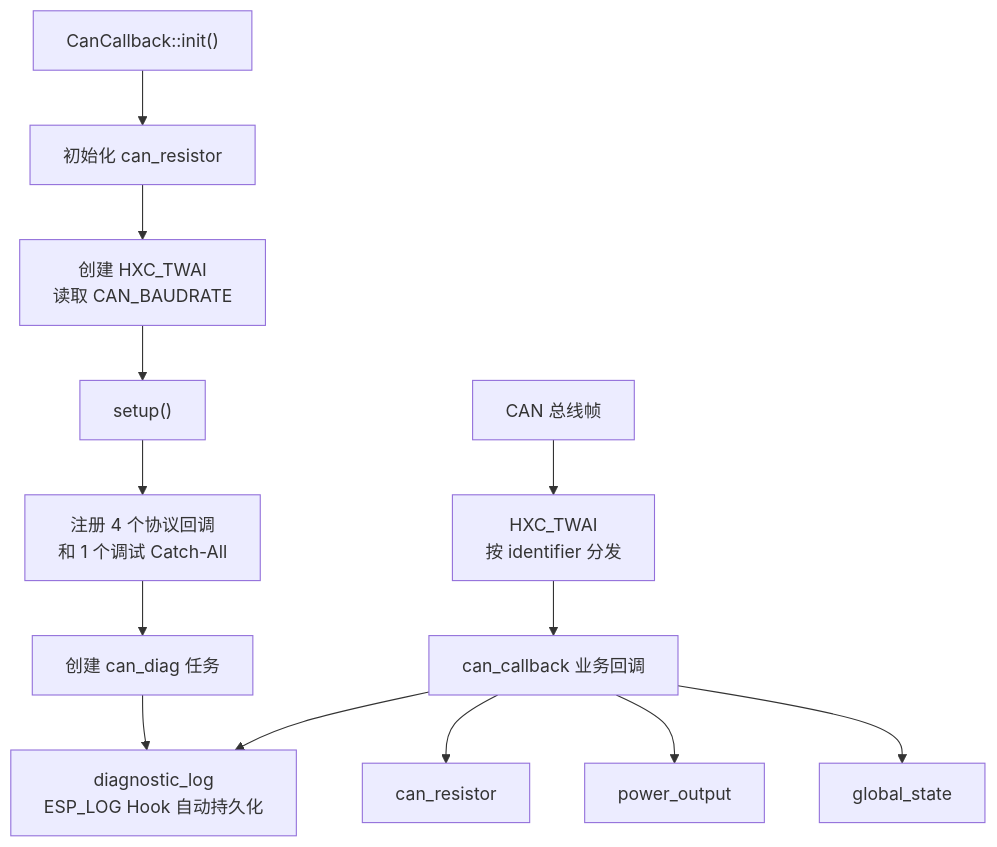
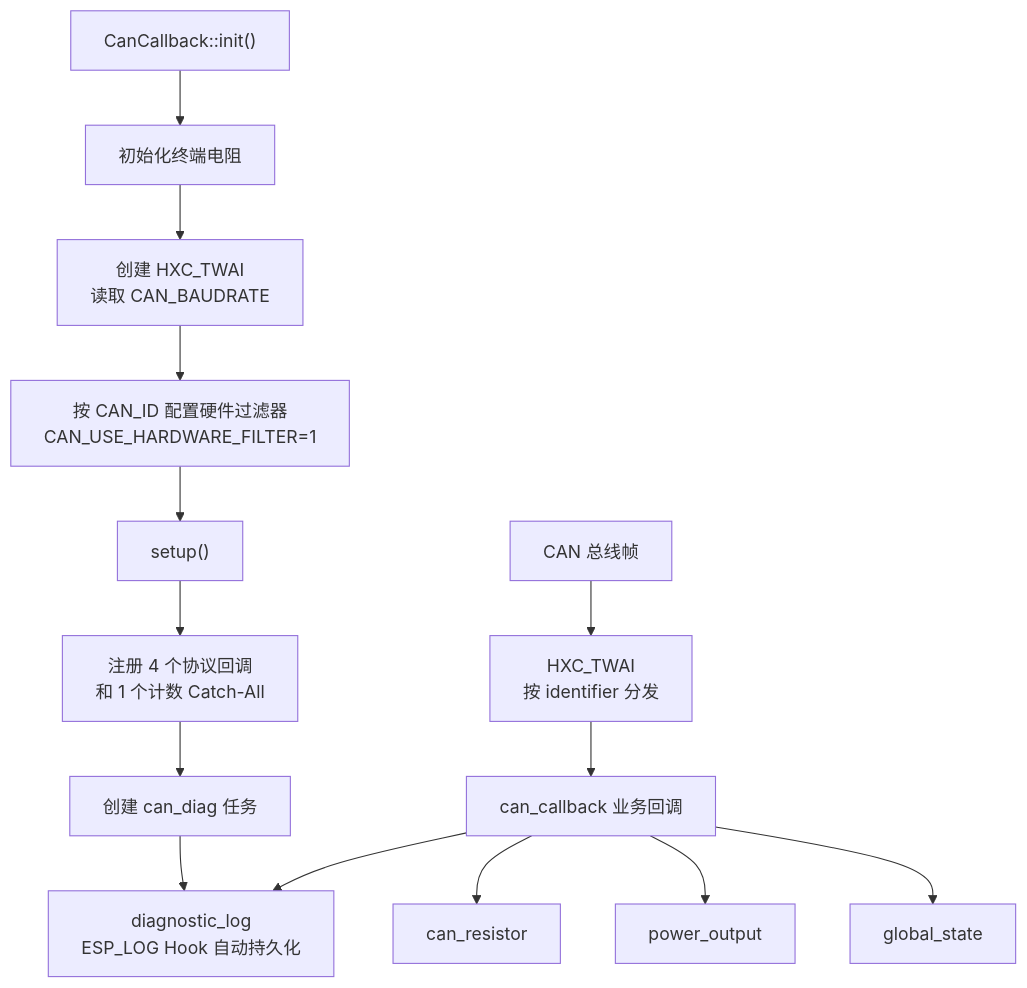
Before and after one commit to qingmeijiupiao/Wireless_power_meter_pro_v2: the diagram in components/app/can_callback/README.md, drawn with Mermaid. The commit also changed other lines of this file and 7 other files, not shown here.

````diff
--- a/components/app/can_callback/README.md
+++ b/components/app/can_callback/README.md
@@ -16,16 +19,17 @@
 ```mermaid
 flowchart TD
-    Init["CanCallback::init()"] --> Resistor["初始化 can_resistor"]
+    Init["CanCallback::init()"] --> Resistor["初始化终端电阻"]
     Resistor --> Driver["创建 HXC_TWAI<br/>读取 CAN_BAUDRATE"]
-    Driver --> Setup["setup()"]
-    Setup --> Register["注册 4 个协议回调<br/>和 1 个调试 Catch-All"]
+    Driver --> Filter["按 CAN_ID 配置硬件过滤器<br/>CAN_USE_HARDWARE_FILTER=1"]
+    Filter --> Setup["setup()"]
+    Setup --> Register["注册 4 个协议回调<br/>和 1 个计数 Catch-All"]
     Register --> Diag["创建 can_diag 任务"]
 
     Bus["CAN 总线帧"] --> HXC["HXC_TWAI<br/>按 identifier 分发"]
     HXC --> Callbacks["can_callback 业务回调"]
     Callbacks --> GS["global_state"]
     Callbacks --> Output["power_output"]
     Callbacks --> CR["can_resistor"]
     Callbacks --> Log["diagnostic_log<br/>ESP_LOG Hook 自动持久化"]
     Diag --> Log
 ```
````
